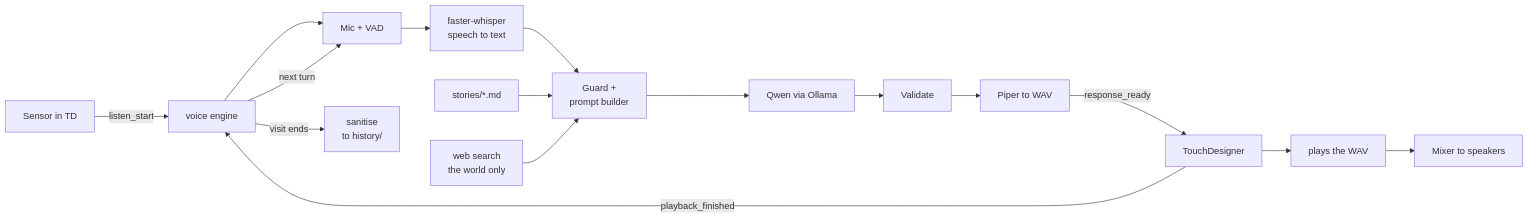
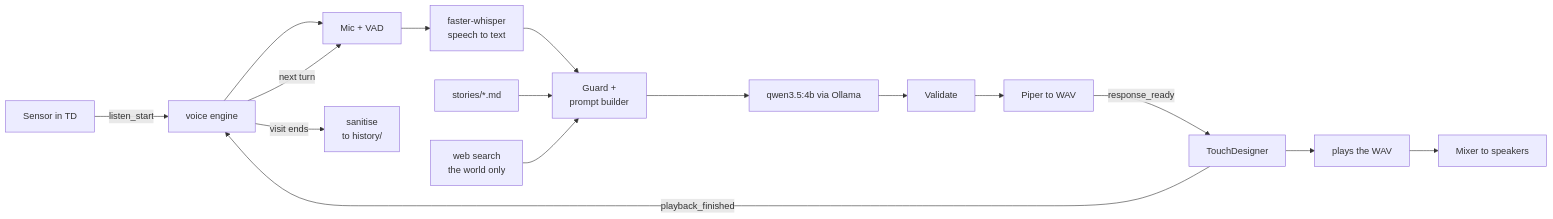
One commit to calvinguillot/theoracle changed the first of 2 diagrams in README.md. Above: the diagram before and after it, drawn with Mermaid. The commit also changed other lines of this file and 11 other files, not shown here.

````diff
--- a/README.md
+++ b/README.md
@@ -42,18 +43,18 @@
 ```mermaid
 flowchart LR
   S[Sensor in TD] -->|listen_start| B[voice engine]
   B --> M[Mic + VAD]
   M --> W[faster-whisper<br/>speech to text]
   W --> G[Guard +<br/>prompt builder]
   C[stories/*.md] --> G
   R[web search<br/>the world only] --> G
-  G --> L[Qwen via Ollama]
+  G --> L[qwen3.5:4b via Ollama]
   L --> V[Validate]
   V --> P[Piper to WAV]
   P -->|response_ready| T[TouchDesigner]
   T --> A[plays the WAV]
   A --> CQ[Mixer to speakers]
   T -->|playback_finished| B
   B -->|next turn| M
   B -->|visit ends| H[sanitise<br/>to history/]
 ```
````
